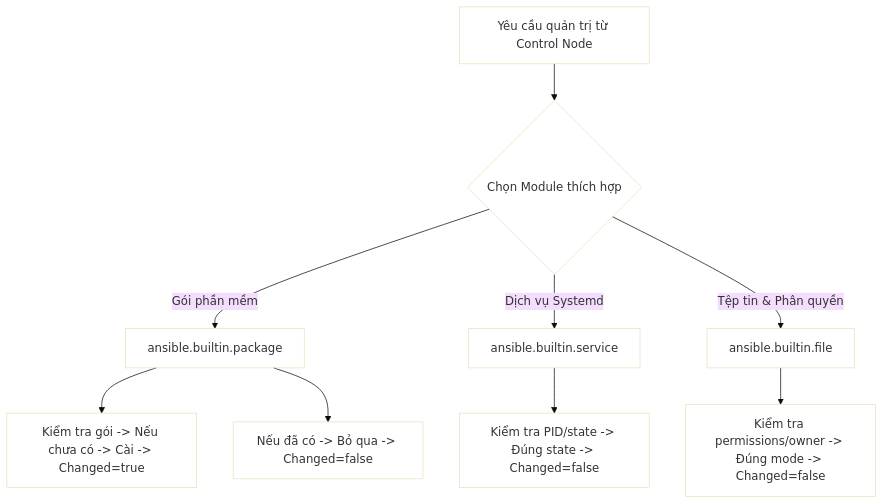
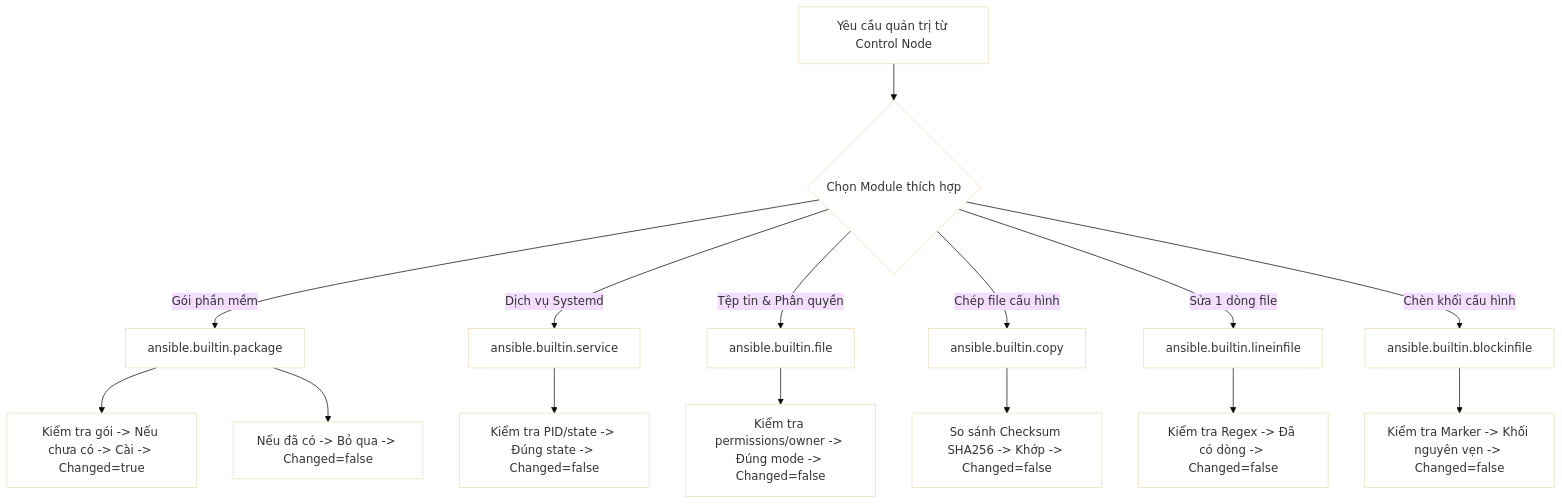
One commit to kiennt308/ntk changed the first of 3 diagrams in _posts/2026-09-13-ansible-04-04-module-co-ban.md. Above: the diagram before and after it, drawn with Mermaid (base theme). The commit also changed other lines of this file and 30 other files, not shown here.

````diff
--- a/_posts/2026-09-13-ansible-04-04-module-co-ban.md
+++ b/_posts/2026-09-13-ansible-04-04-module-co-ban.md
@@ -83,22 +37,34 @@
 ```mermaid
 graph TD
     A["Yêu cầu quản trị từ Control Node"] --> B{"Chọn Module thích hợp"}
     B -->|"Gói phần mềm"| C["ansible.builtin.package"]
     B -->|"Dịch vụ Systemd"| D["ansible.builtin.service"]
     B -->|"Tệp tin & Phân quyền"| E["ansible.builtin.file"]
+    B -->|"Chép file cấu hình"| F["ansible.builtin.copy"]
+    B -->|"Sửa 1 dòng file"| G["ansible.builtin.lineinfile"]
+    B -->|"Chèn khối cấu hình"| H["ansible.builtin.blockinfile"]
     
     C --> C1["Kiểm tra gói -> Nếu chưa có -> Cài -> Changed=true"]
     C --> C2["Nếu đã có -> Bỏ qua -> Changed=false"]
     D --> D1["Kiểm tra PID/state -> Đúng state -> Changed=false"]
     E --> E1["Kiểm tra permissions/owner -> Đúng mode -> Changed=false"]
+    F --> F1["So sánh Checksum SHA256 -> Khớp -> Changed=false"]
+    G --> G1["Kiểm tra Regex -> Đã có dòng -> Changed=false"]
+    H --> H1["Kiểm tra Marker -> Khối nguyên vẹn -> Changed=false"]
 
     style A fill:none
     style B fill:none
     style C fill:none
     style D fill:none
     style E fill:none
+    style F fill:none
+    style G fill:none
+    style H fill:none
     style C1 fill:none
     style C2 fill:none
     style D1 fill:none
     style E1 fill:none
+    style F1 fill:none
+    style G1 fill:none
+    style H1 fill:none
 ```
````
